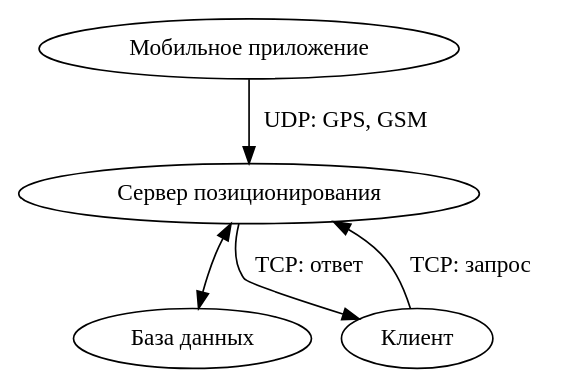
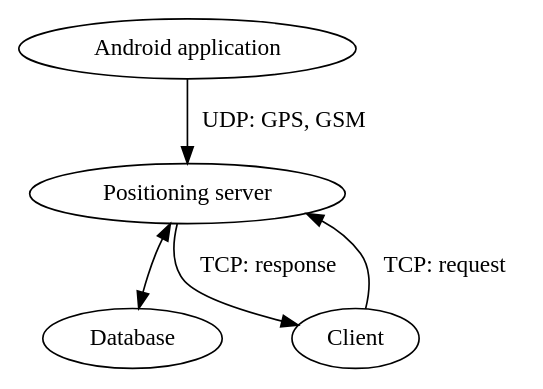
One commit to kosonya/tatmon changed the diagram in diplom-kovalev/images/general-arch.dot. Above: the diagram before and after it, drawn with Graphviz. The commit also changed 173 other files, not shown here.

```diff
--- a/diplom-kovalev/images/general-arch.dot
+++ b/diplom-kovalev/images/general-arch.dot
@@ -1,12 +1,12 @@
 digraph G{
-	andr [label = "Мобильное приложение"]
-	serv [label = "Сервер позиционирования"]
-	db [label = "База данных"]
-	client [label = "Клиент"]
+	andr [label = "Android application"]
+	serv [label = "Positioning server"]
+	db [label = "Database"]
+	client [label = "Client"]
 
 	andr -> serv [label = "UDP: GPS, GSM"];
 	serv -> db [dir = "both"];
-	client -> serv [label = "TCP: запрос"];
-	serv -> client [label = "TCP: ответ"];
+	client -> serv [label = "TCP: request"];
+	serv -> client [label = "TCP: response"];
 
 }
```
